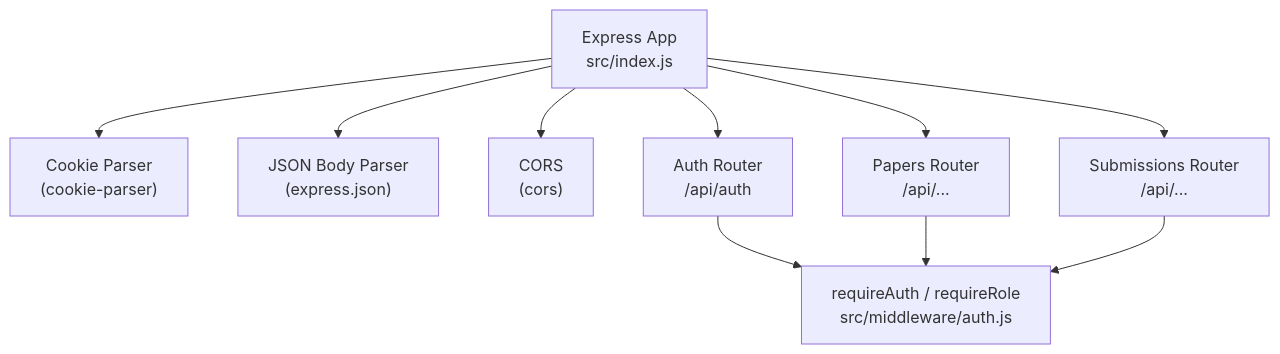
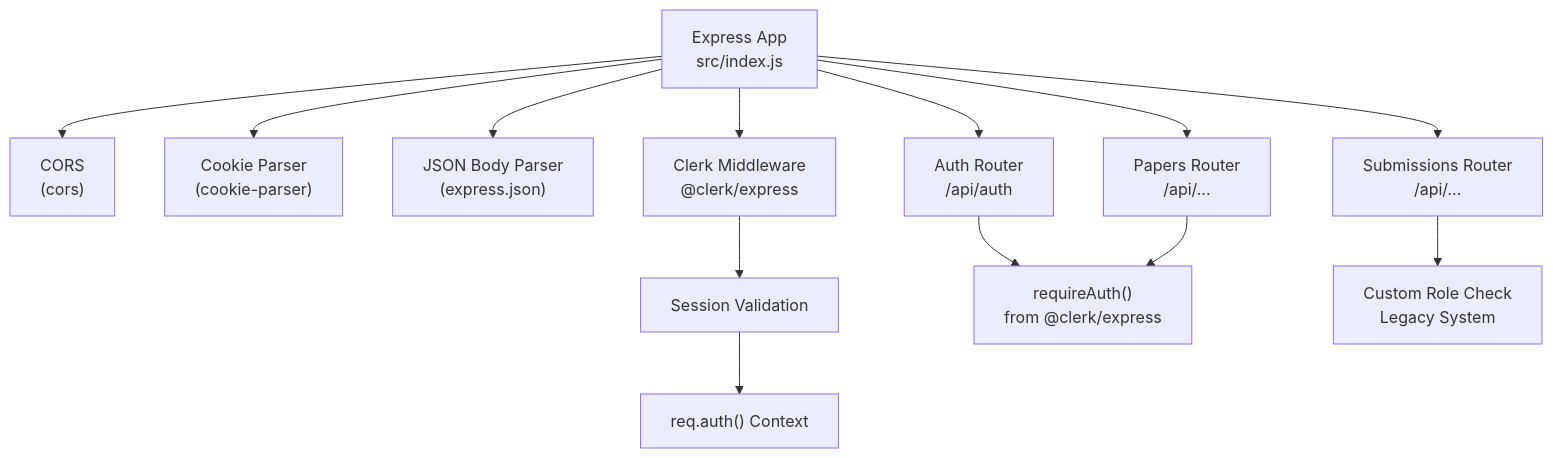
Before and after one commit to ZandileMkontwana/olympiad-portal: the first of 6 diagrams in .qoder/repowiki/en/content/Authentication & Authorization/Authentication Middleware.md, drawn with Mermaid. The commit also changed other lines of this file and 16 other files, not shown here.

Commit message:
fix: test(backend): update tests for Clerk auth and Supabase storage

````diff
--- a/.qoder/repowiki/en/content/Authentication & Authorization/Authentication Middleware.md
+++ b/.qoder/repowiki/en/content/Authentication & Authorization/Authentication Middleware.md
@@ -35,12 +42,15 @@
 ```mermaid
 graph TB
-A["Express App<br/>src/index.js"] --> B["Cookie Parser<br/>(cookie-parser)"]
-A --> C["JSON Body Parser<br/>(express.json)"]
-A --> D["CORS<br/>(cors)"]
-A --> E["Auth Router<br/>/api/auth"]
-A --> F["Papers Router<br/>/api/..."]
-A --> G["Submissions Router<br/>/api/..."]
-E --> H["requireAuth / requireRole<br/>src/middleware/auth.js"]
-F --> H
-G --> H
+A["Express App<br/>src/index.js"] --> B["CORS<br/>(cors)"]
+A --> C["Cookie Parser<br/>(cookie-parser)"]
+A --> D["JSON Body Parser<br/>(express.json)"]
+A --> E["Clerk Middleware<br/>@clerk/express"]
+A --> F["Auth Router<br/>/api/auth"]
+A --> G["Papers Router<br/>/api/..."]
+A --> H["Submissions Router<br/>/api/..."]
+E --> I["Session Validation"]
+I --> J["req.auth() Context"]
+F --> K["requireAuth()<br/>from @clerk/express"]
+G --> K
+H --> L["Custom Role Check<br/>Legacy System"]
 ```
````
